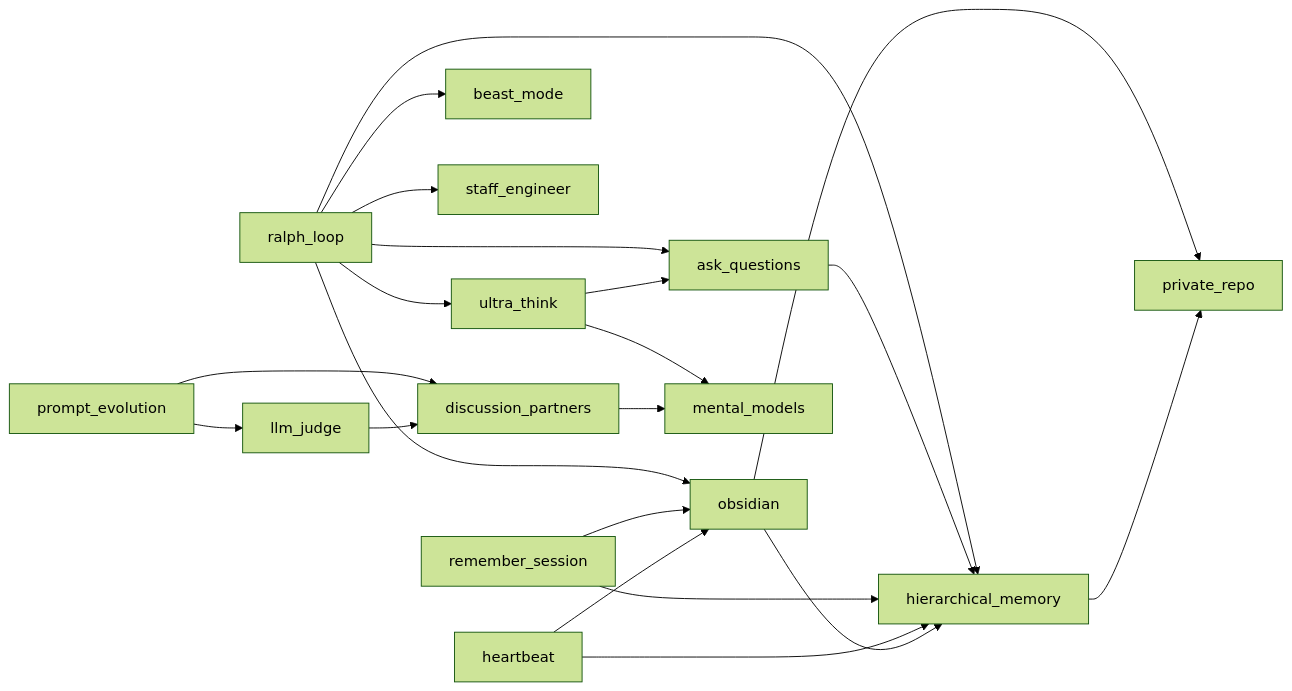
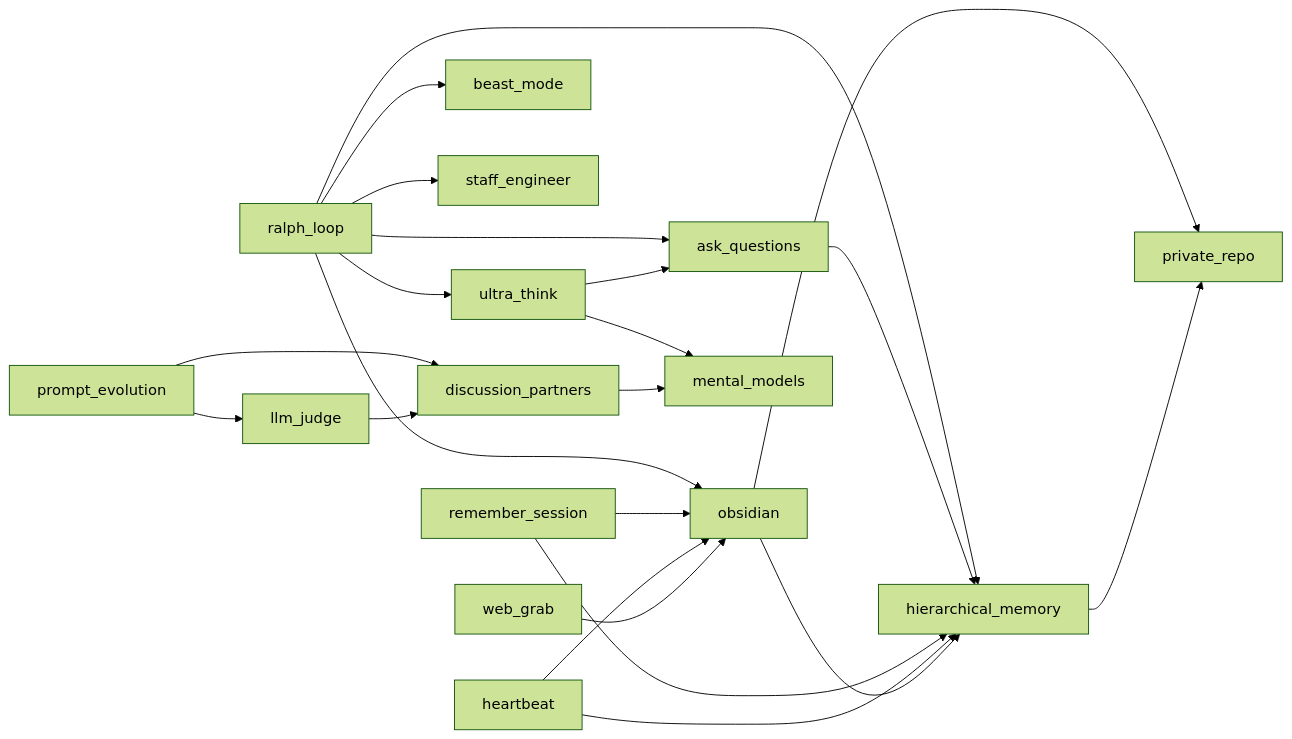
The diagram in README.md (zachmayer/skills), drawn with Mermaid (forest theme) before and after one commit. The commit also changed other lines of this file and 4 other files, not shown here.

````diff
--- a/README.md
+++ b/README.md
@@ -46,23 +48,24 @@
 ```mermaid
 graph LR
     ralph_loop --> ultra_think
     ralph_loop --> beast_mode
     ralph_loop --> staff_engineer
     ralph_loop --> ask_questions
     ralph_loop --> hierarchical_memory
     ralph_loop --> obsidian
     ultra_think --> mental_models
     ultra_think --> ask_questions
     ask_questions --> hierarchical_memory
     prompt_evolution --> discussion_partners
     prompt_evolution --> llm_judge
     llm_judge --> discussion_partners
     discussion_partners --> mental_models
     remember_session --> hierarchical_memory
     remember_session --> obsidian
     heartbeat --> hierarchical_memory
     heartbeat --> obsidian
     obsidian --> hierarchical_memory
     obsidian --> private_repo
     hierarchical_memory --> private_repo
+    web_grab --> obsidian
 ```
````
